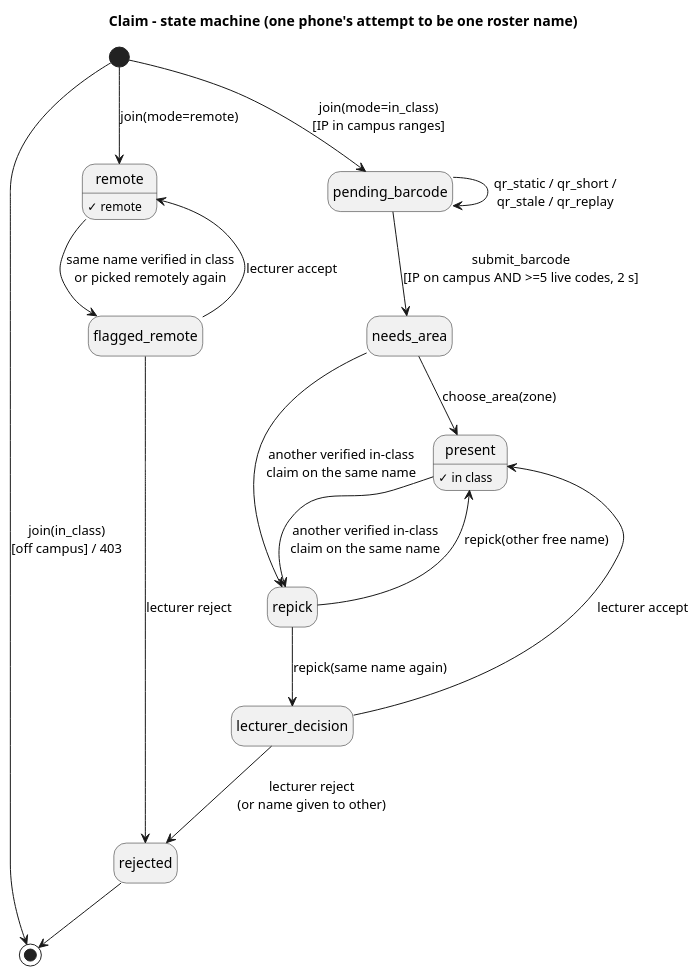
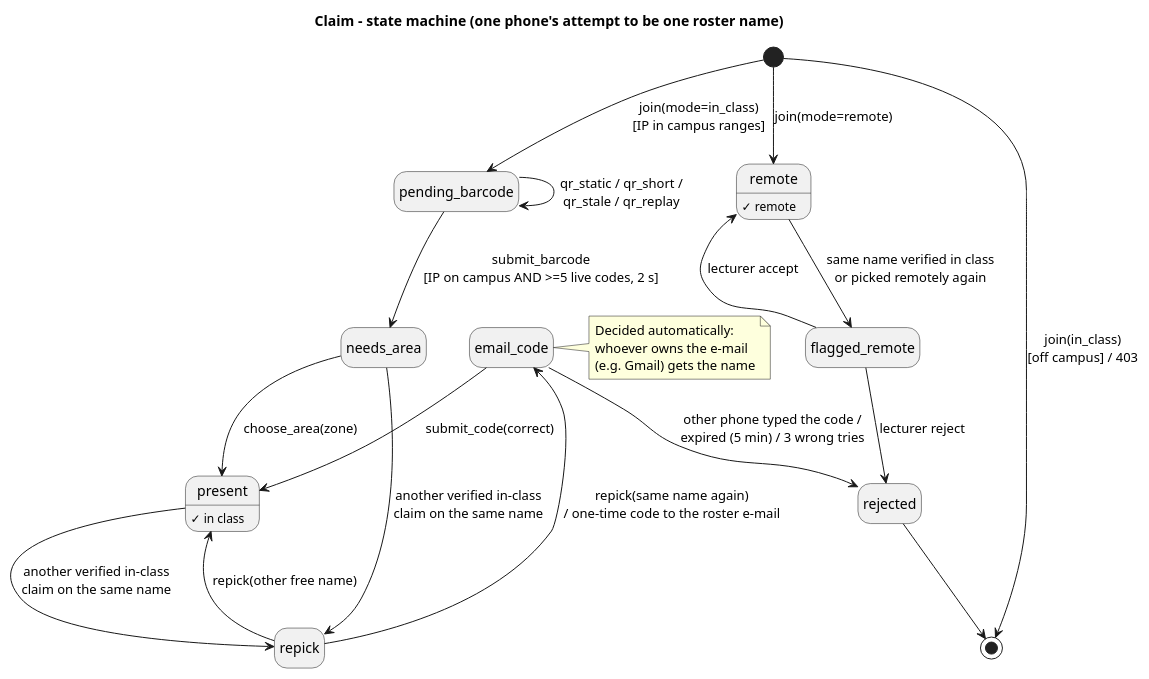
The diagram in docs/diagrams/state-claim.puml (Haim-Barby/ZooMoodle), drawn with PlantUML before and after one commit. The commit also changed 36 other files, not shown here.

First line of the commit message:
Duplicate names: one-time Gmail code decides automatically

```diff
--- a/docs/diagrams/state-claim.puml
+++ b/docs/diagrams/state-claim.puml
@@ -1,27 +1,32 @@
 @startuml state-claim
 title Claim – state machine (one phone's attempt to be one roster name)
 hide empty description
 
 [*] --> remote : join(mode=remote)
 [*] --> pending_barcode : join(mode=in_class)\n[IP in campus ranges]
 [*] --> [*] : join(in_class)\n[off campus] / 403
 
 pending_barcode --> needs_area : submit_barcode\n[IP on campus AND >=5 live codes, 2 s]
 pending_barcode --> pending_barcode : qr_static / qr_short /\nqr_stale / qr_replay
 needs_area --> present : choose_area(zone)
 
 remote --> flagged_remote : same name verified in class\nor picked remotely again
 needs_area --> repick : another verified in-class\nclaim on the same name
 present --> repick : another verified in-class\nclaim on the same name
 repick --> present : repick(other free name)
-repick --> lecturer_decision : repick(same name again)
+repick --> email_code : repick(same name again)\n/ one-time code to the roster e-mail
+email_code --> present : submit_code(correct)
+email_code --> rejected : other phone typed the code /\nexpired (5 min) / 3 wrong tries
 
 flagged_remote --> remote : lecturer accept
 flagged_remote --> rejected : lecturer reject
-lecturer_decision --> present : lecturer accept
-lecturer_decision --> rejected : lecturer reject\n(or name given to other)
 
+note right of email_code
+  Decided automatically:
+  whoever owns the e-mail
+  (e.g. Gmail) gets the name
+end note
 present : ✓ in class
 remote : ✓ remote
 rejected --> [*]
 @enduml
```
